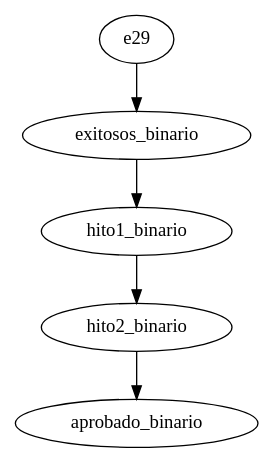
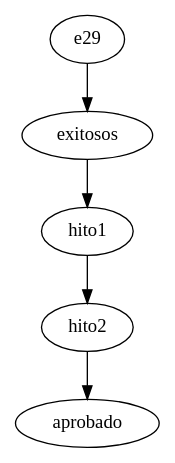
The diagram in jupyter_notebook/resources/causalidad/causalidad.dot (tonporaqui/tesis), drawn with Graphviz before and after one commit. The commit also changed 10 other files, not shown here.

```diff
--- a/jupyter_notebook/resources/causalidad/causalidad.dot
+++ b/jupyter_notebook/resources/causalidad/causalidad.dot
@@ -1,6 +1,6 @@
 strict digraph "" {
-	e29 -> exitosos_binario;
-	exitosos_binario -> hito1_binario;
-	hito1_binario -> hito2_binario;
-	hito2_binario -> aprobado_binario;
+	hito1 -> hito2;
+	hito2 -> aprobado;
+	exitosos -> hito1;
+	e29 -> exitosos;
 }
```
